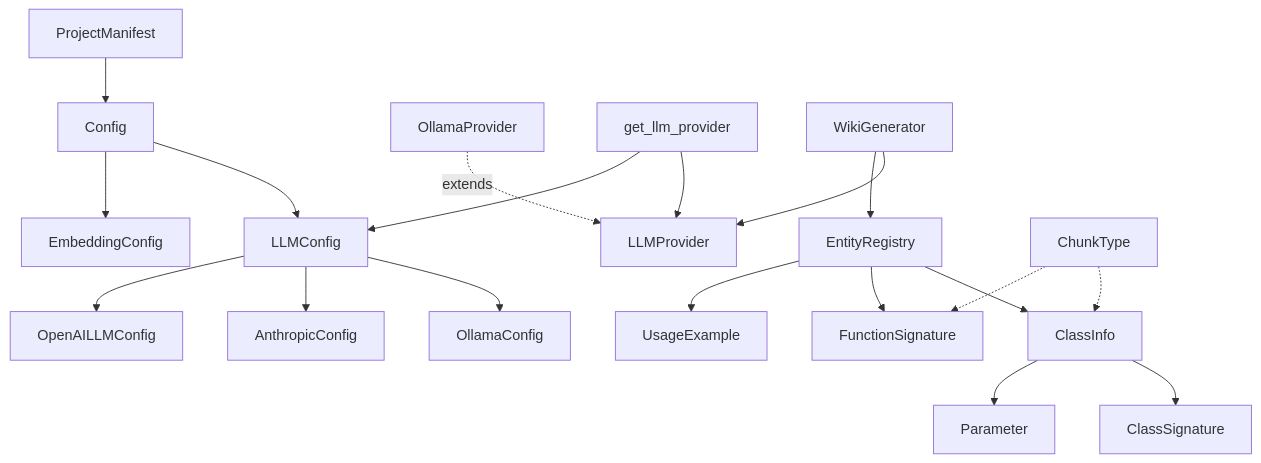
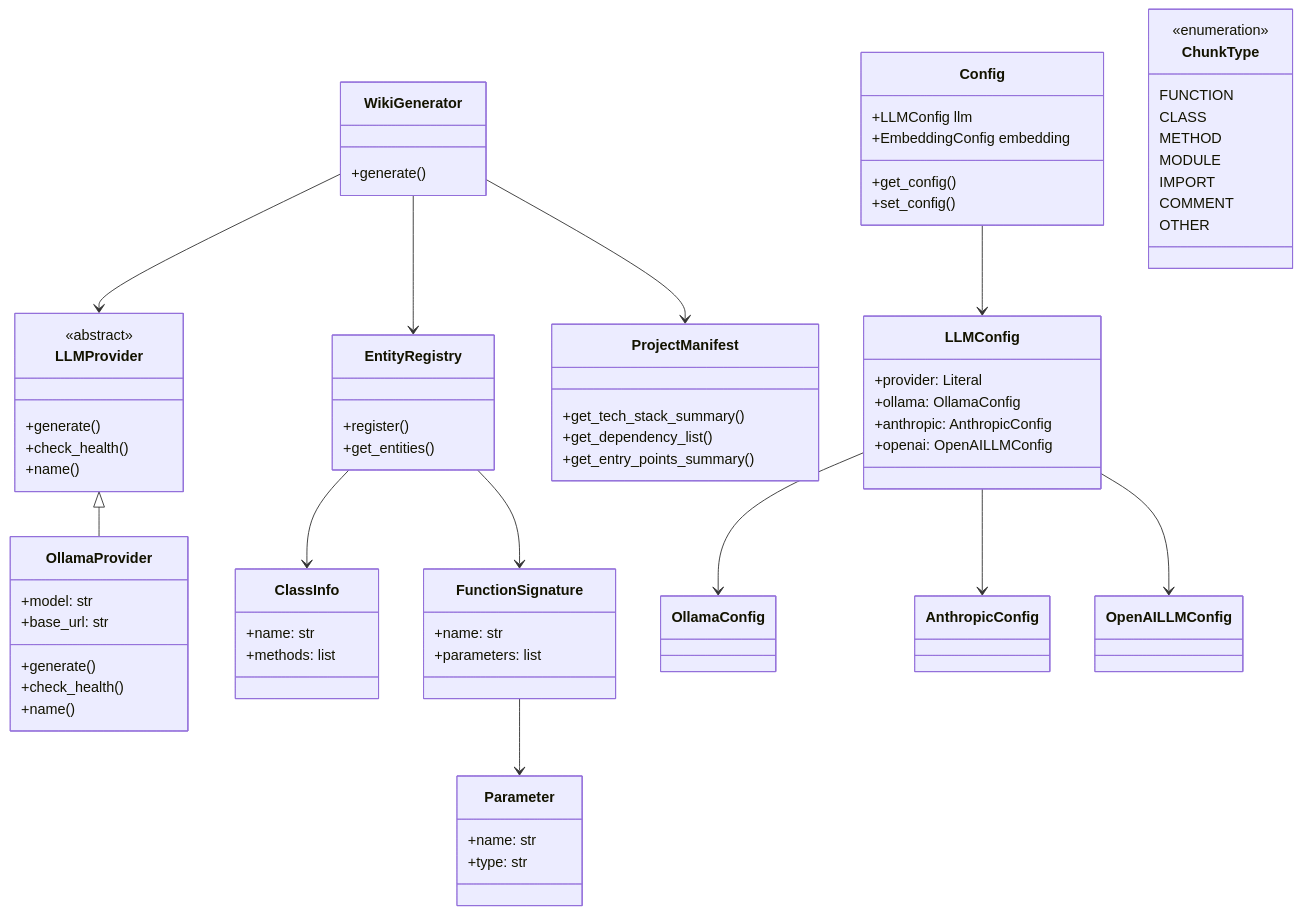
Before and after one commit to UrbanDiver/local-deepwiki-mcp: the first of 4 diagrams in .deepwiki/architecture.md, drawn with Mermaid. The commit also changed other lines of this file and 75 other files, not shown here.

````diff
--- a/.deepwiki/architecture.md
+++ b/.deepwiki/architecture.md
@@ -65,29 +39,84 @@
 ```mermaid
-graph TB
+classDiagram
+    class Config {
+        +LLMConfig llm
+        +EmbeddingConfig embedding
+        +get_config()
+        +set_config()
+    }
+    
+    class LLMConfig {
+        +provider: Literal
+        +ollama: OllamaConfig
+        +anthropic: AnthropicConfig
+        +openai: OpenAILLMConfig
+    }
+    
+    class LLMProvider {
+        <<abstract>>
+        +generate()
+        +check_health()
+        +name()
+    }
+    
+    class OllamaProvider {
+        +model: str
+        +base_url: str
+        +generate()
+        +check_health()
+        +name()
+    }
+    
+    class WikiGenerator {
+        +generate()
+    }
+    
+    class EntityRegistry {
+        +register()
+        +get_entities()
+    }
+    
+    class ChunkType {
+        <<enumeration>>
+        FUNCTION
+        CLASS
+        METHOD
+        MODULE
+        IMPORT
+        COMMENT
+        OTHER
+    }
+    
+    class ClassInfo {
+        +name: str
+        +methods: list
+    }
+    
+    class FunctionSignature {
+        +name: str
+        +parameters: list
+    }
+    
+    class Parameter {
+        +name: str
+        +type: str
+    }
+    
+    class ProjectManifest {
+        +get_tech_stack_summary()
+        +get_dependency_list()
+        +get_entry_points_summary()
+    }
+    
     Config --> LLMConfig
-    Config --> EmbeddingConfig
-    
     LLMConfig --> OllamaConfig
     LLMConfig --> AnthropicConfig
     LLMConfig --> OpenAILLMConfig
-    
-    OllamaProvider -.->|extends| LLMProvider
-    
-    get_llm_provider --> LLMProvider
-    get_llm_provider --> LLMConfig
-    
+    LLMProvider <|-- OllamaProvider
     WikiGenerator --> LLMProvider
     WikiGenerator --> EntityRegistry
-    
     EntityRegistry --> ClassInfo
     EntityRegistry --> FunctionSignature
-    EntityRegistry --> UsageExample
-    
-    ClassInfo --> ClassSignature
-    ClassInfo --> Parameter
-    
-    ProjectManifest --> Config
-    
-    ChunkType -.-> ClassInfo
-    ChunkType -.-> FunctionSignature
+    FunctionSignature --> Parameter
+    WikiGenerator --> ProjectManifest
 ```
````
